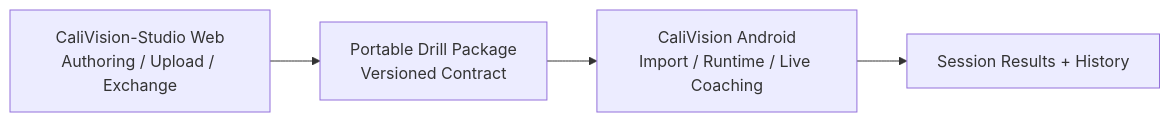
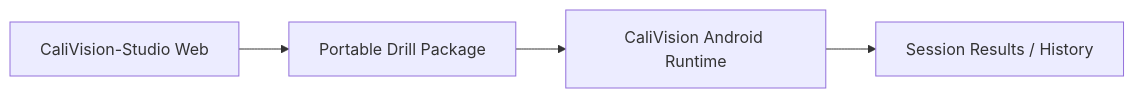
The first of 2 diagrams in README.md (Voycepeh/Handstand-App), drawn with Mermaid before and after one commit. The commit also changed other lines of this file and 1 other file, not shown here.

Commit message:
docs: reposition Android README and add agent README guardrails

````diff
--- a/README.md
+++ b/README.md
@@ -40,9 +62,9 @@
 ```mermaid
 flowchart LR
-    STUDIO[CaliVision-Studio Web\nAuthoring / Upload / Exchange]
-    PACKAGE[Portable Drill Package\nVersioned Contract]
-    MOBILE[CaliVision Android\nImport / Runtime / Live Coaching]
-    HISTORY[Session Results + History]
+    STUDIO[CaliVision-Studio Web]
+    PACKAGE[Portable Drill Package]
+    ANDROID[CaliVision Android Runtime]
+    HISTORY[Session Results / History]
 
-    STUDIO --> PACKAGE --> MOBILE --> HISTORY
+    STUDIO --> PACKAGE --> ANDROID --> HISTORY
 ```
````
